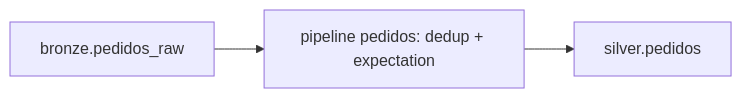
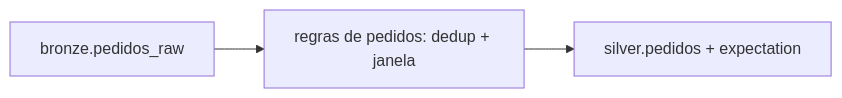
One commit to douglittig/genie-code-agent-spec changed the diagram in gates/sdd_gates/fixtures/DESIGN_PEDIDOS_DIARIOS.md. Above: the diagram before and after it, drawn with Mermaid. The commit also changed other lines of this file and 24 other files, not shown here.

````diff
--- a/gates/sdd_gates/fixtures/DESIGN_PEDIDOS_DIARIOS.md
+++ b/gates/sdd_gates/fixtures/DESIGN_PEDIDOS_DIARIOS.md
@@ -19,4 +19,4 @@
 ```mermaid
 flowchart LR
-  A[bronze.pedidos_raw] --> B[pipeline pedidos: dedup + expectation] --> C[silver.pedidos]
+  A[bronze.pedidos_raw] --> B[regras de pedidos: dedup + janela] --> C[silver.pedidos + expectation]
 ```
````
